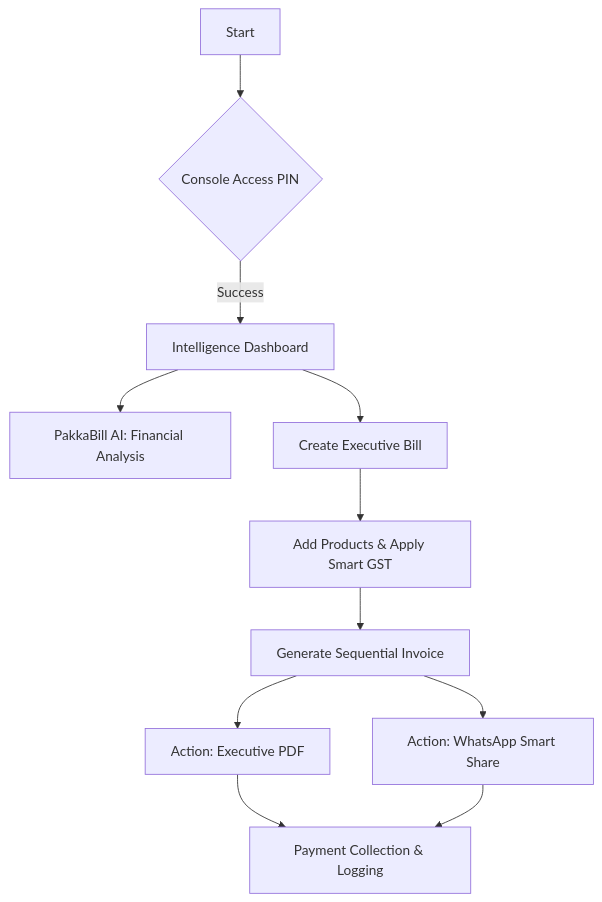
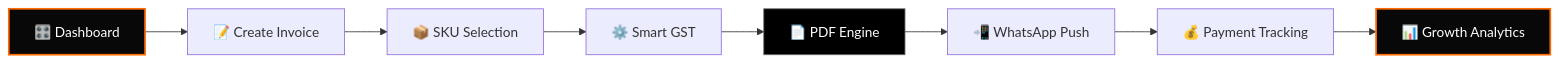
The first of 2 diagrams in README.md (Gautam-Bharadwaj/PakkaBill), drawn with Mermaid before and after one commit. The commit also changed other lines of this file, not shown here.

Commit message:
docs: revamp README with premium executive styling and horizontal workflows

````diff
--- a/README.md
+++ b/README.md
@@ -43,16 +19,14 @@
 ```mermaid
-graph TD
-    A[Start] --> B{Console Access PIN}
-    B -- Success --> C[Intelligence Dashboard]
-    
-    C --> D[PakkaBill AI: Financial Analysis]
-    C --> E[Create Executive Bill]
-    
-    E --> F[Add Products & Apply Smart GST]
-    F --> G[Generate Sequential Invoice]
-    
-    G --> H[Action: Executive PDF]
-    G --> I[Action: WhatsApp Smart Share]
-    
-    H & I --> J[Payment Collection & Logging]
+graph LR
+    A[🎛️ Dashboard] --> B[📝 Create Invoice]
+    B --> C[📦 SKU Selection]
+    C --> D[⚙️ Smart GST]
+    D --> E[📄 PDF Engine]
+    E --> F[📲 WhatsApp Push]
+    F --> G[💰 Payment Tracking]
+    G --> H[📊 Growth Analytics]
+
+    style A fill:#080808,stroke:#FF6B00,stroke-width:2px,color:#fff
+    style H fill:#080808,stroke:#FF6B00,stroke-width:2px,color:#fff
+    style E fill:#000,stroke:#666,stroke-width:1px,color:#fff
 ```
````
